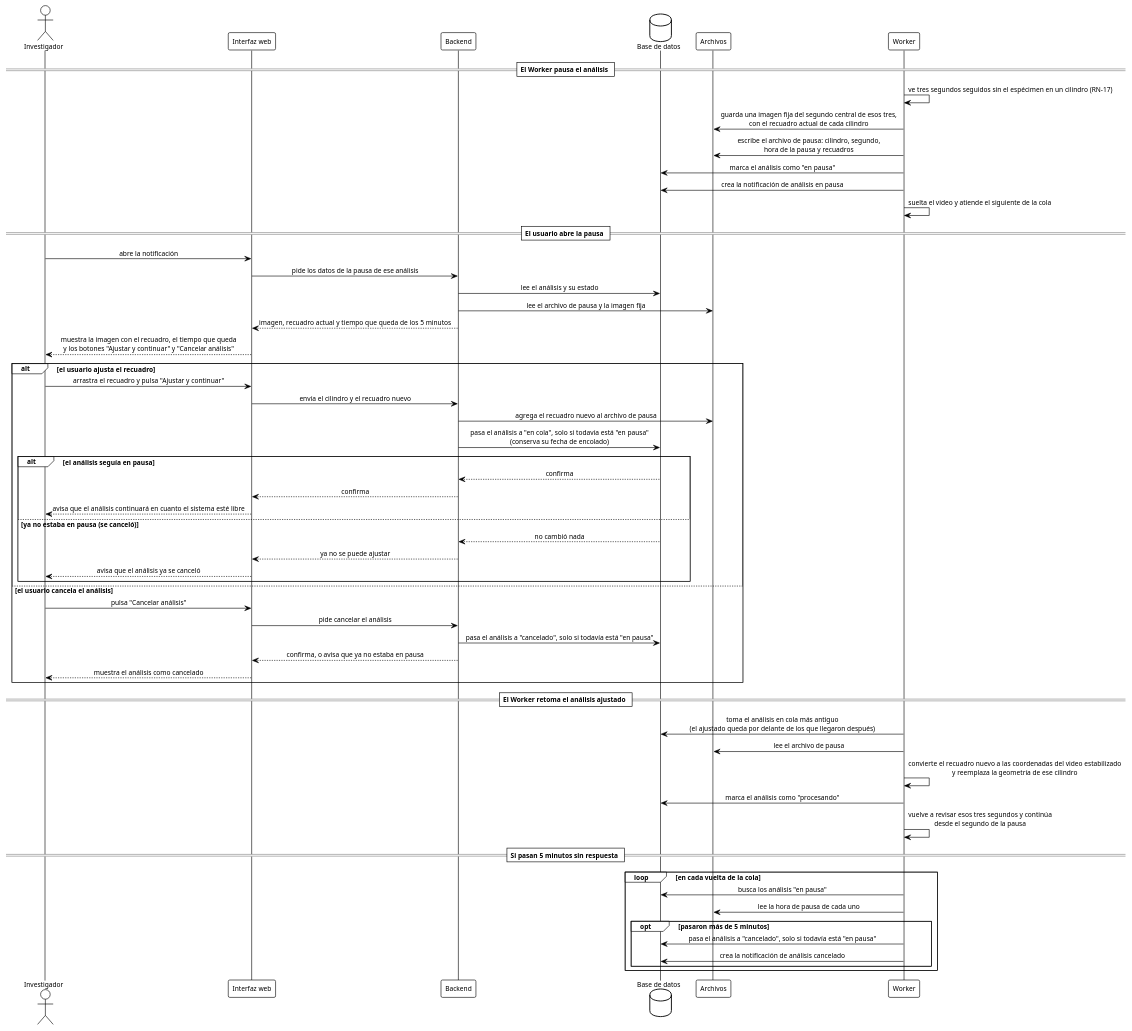
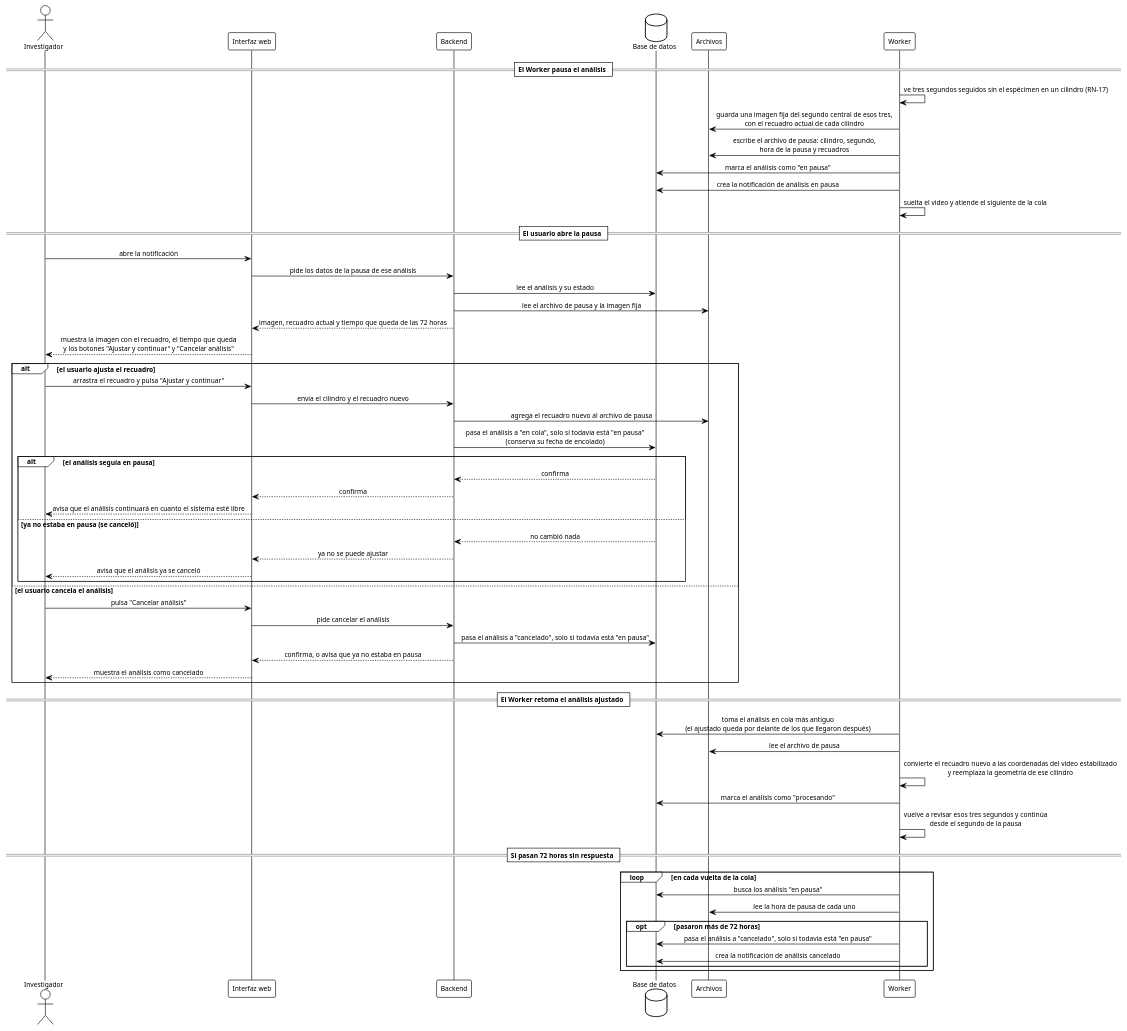
Before and after one commit to ErickJester/fst-ai-system-latex: the diagram in diagramas/seq_pausa_y_ajuste.puml, drawn with PlantUML. The commit also changed 34 other files, not shown here.

First line of the commit message:
Pausa de 72 horas sin guardar el motivo de cancelacion (D-112), boton No se ve en la revision (D-113), D-107 confirmada e imagenes regeneradas

```diff
--- a/diagramas/seq_pausa_y_ajuste.puml
+++ b/diagramas/seq_pausa_y_ajuste.puml
@@ -1,105 +1,105 @@
 @startuml seq_pausa_y_ajuste
 ' ================================================================
 '  Secuencia - Pausa del análisis por espécimen que no se ve,
 '  ajuste del recuadro del cilindro y cancelación
 '  Base de datos FST | TT 2026-B066 | ESCOM-IPN
 '  Frausto Robles Angel Ali . Rodriguez Verdin Sandoval Vanesa
 ' ----------------------------------------------------------------
 '  Fuente nueva (12-oct). Cubre RN-17 y las decisiones D-59, D-67
 '  y D-89: el Worker pausa el análisis, el usuario ajusta el
 '  recuadro sobre una imagen fija o cancela, y el análisis vuelve al
 '  frente de la cola y continúa desde el segundo de la pausa.
 '
 '  Detalles que fija D-89:
 '  - Quien nota que no se ve al espécimen es el pipeline (la
 '    segmentación contra el fondo), no la red: la red solo entrega
 '    la conducta de cada segundo.
 '  - La imagen fija es un fotograma del video original, tomado en el
 '    segundo central de los tres que no se vieron.
 '  - El recuadro no vive en la base de datos: va en el archivo de
 '    pausa del volumen compartido (no hay tabla ni columna nueva).
 '  - El Worker suelta el video en pausa y atiende el siguiente de la
 '    cola. El análisis ajustado conserva su fecha de encolado, así
 '    que queda por delante de los que llegaron después.
 '  - El Worker escribe primero el archivo y después el estado. El
 '    estado de la base es el árbitro: backend y Worker lo cambian
 '    solo si el análisis sigue "en pausa".
 '
 '  Generar:
 '      java -jar plantuml.jar -tpng diagramas/seq_pausa_y_ajuste.puml
 ' ================================================================
 
 !theme plain
 skinparam defaultFontName Arial
 skinparam defaultFontSize 11
 skinparam shadowing false
 skinparam sequenceMessageAlign center
 skinparam BoxPadding 10
 
 actor Investigador as inv
 participant "Interfaz web" as ui
 participant Backend as api
 database "Base de datos" as db
 participant "Archivos" as fs
 participant Worker as w
 
 == El Worker pausa el análisis ==
 
 w -> w: ve tres segundos seguidos sin el espécimen en un cilindro (RN-17)
 w -> fs: guarda una imagen fija del segundo central de esos tres,\ncon el recuadro actual de cada cilindro
 w -> fs: escribe el archivo de pausa: cilindro, segundo,\nhora de la pausa y recuadros
 w -> db: marca el análisis como "en pausa"
 w -> db: crea la notificación de análisis en pausa
 w -> w: suelta el video y atiende el siguiente de la cola
 
 == El usuario abre la pausa ==
 
 inv -> ui: abre la notificación
 ui -> api: pide los datos de la pausa de ese análisis
 api -> db: lee el análisis y su estado
 api -> fs: lee el archivo de pausa y la imagen fija
-api --> ui: imagen, recuadro actual y tiempo que queda de los 5 minutos
+api --> ui: imagen, recuadro actual y tiempo que queda de las 72 horas
 ui --> inv: muestra la imagen con el recuadro, el tiempo que queda\ny los botones "Ajustar y continuar" y "Cancelar análisis"
 
 alt el usuario ajusta el recuadro
   inv -> ui: arrastra el recuadro y pulsa "Ajustar y continuar"
   ui -> api: envía el cilindro y el recuadro nuevo
   api -> fs: agrega el recuadro nuevo al archivo de pausa
   api -> db: pasa el análisis a "en cola", solo si todavía está "en pausa"\n(conserva su fecha de encolado)
   alt el análisis seguía en pausa
     db --> api: confirma
     api --> ui: confirma
     ui --> inv: avisa que el análisis continuará en cuanto el sistema esté libre
   else ya no estaba en pausa (se canceló)
     db --> api: no cambió nada
     api --> ui: ya no se puede ajustar
     ui --> inv: avisa que el análisis ya se canceló
   end
 else el usuario cancela el análisis
   inv -> ui: pulsa "Cancelar análisis"
   ui -> api: pide cancelar el análisis
   api -> db: pasa el análisis a "cancelado", solo si todavía está "en pausa"
   api --> ui: confirma, o avisa que ya no estaba en pausa
   ui --> inv: muestra el análisis como cancelado
 end
 
 == El Worker retoma el análisis ajustado ==
 
 w -> db: toma el análisis en cola más antiguo\n(el ajustado queda por delante de los que llegaron después)
 w -> fs: lee el archivo de pausa
 w -> w: convierte el recuadro nuevo a las coordenadas del video estabilizado\ny reemplaza la geometría de ese cilindro
 w -> db: marca el análisis como "procesando"
 w -> w: vuelve a revisar esos tres segundos y continúa\ndesde el segundo de la pausa
 
-== Si pasan 5 minutos sin respuesta ==
+== Si pasan 72 horas sin respuesta ==
 
 loop en cada vuelta de la cola
   w -> db: busca los análisis "en pausa"
   w -> fs: lee la hora de pausa de cada uno
-  opt pasaron más de 5 minutos
+  opt pasaron más de 72 horas
     w -> db: pasa el análisis a "cancelado", solo si todavía está "en pausa"
     w -> db: crea la notificación de análisis cancelado
   end
 end
 
 @enduml
```
